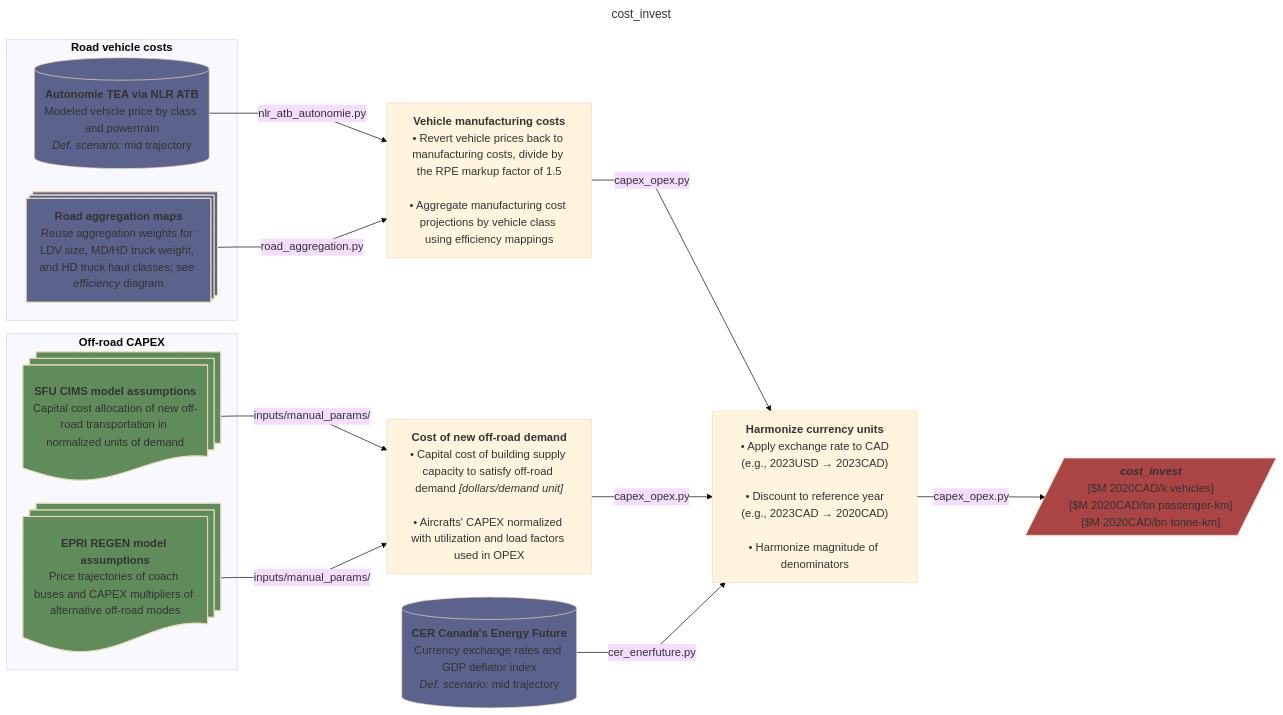
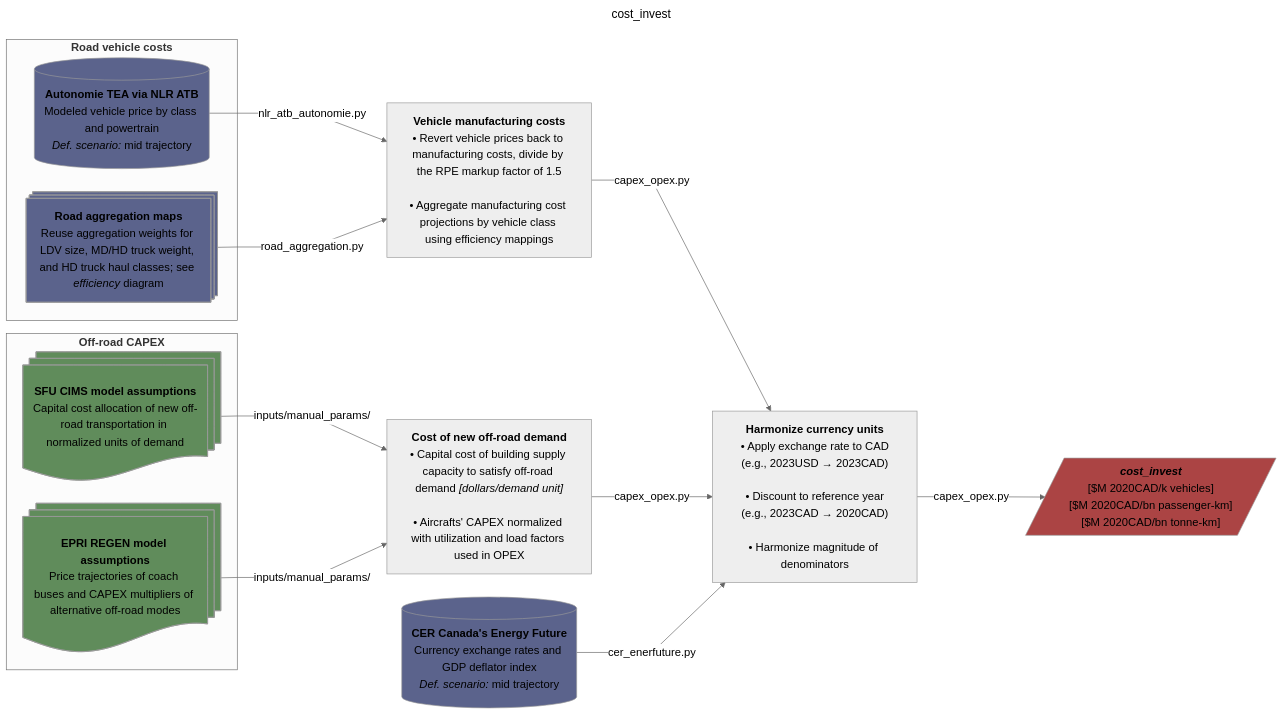
The eighth of 9 diagrams in README.md (CANOE-main/canoe-transportation), drawn with Mermaid before and after one commit. The commit also changed other lines of this file and 1 other file, not shown here.

Commit message:
Testing white canvas as background for flowcharts

````diff
--- a/README.md
+++ b/README.md
@@ -585,61 +578,59 @@
 ```mermaid
 ---
 title: cost_invest
 config:
   layout: dagre
-  theme: base
+  theme: neutral
   themeVariables:
-    background: "#ffffff"
-    darkMode: false
     fontSize: 17px
   flowchart:
     nodeSpacing: 35
     rankSpacing: 50
     wrappingWidth: 250
     curve: linear
 ---
 flowchart LR
   s3[("`**CER Canada's Energy Future**<br>Currency exchange rates and GDP deflator index<br>*Def. scenario:* mid trajectory`")]
   subgraph offroad["`**Off-road CAPEX**`"]
 	  %% --- Sources ---
 	  s7@{shape: docs, label: "**SFU CIMS model assumptions**<br>Capital cost allocation of new off-road transportation in normalized units of demand"}
 	  s8@{shape: docs, label: "**EPRI REGEN model assumptions**<br>Price trajectories of coach buses and CAPEX multipliers of alternative off-road modes"}
   end
 	  
   %% --- Processes ---
   p3["`**Cost of new off-road demand**<br>• Capital cost of building supply capacity to satisfy off-road demand *[dollars/demand unit]*<br><br>• Aircrafts' CAPEX normalized with utilization and load factors used in OPEX`"]
   s7 & s8 -- inputs/manual_params/ --> p3
   
   subgraph road["`**Road vehicle costs**`"]
 	  %% --- Sources ---
 	  s1@{shape: processes, label: "**Road aggregation maps**<br>Reuse aggregation weights for LDV size, MD/HD truck weight, and HD truck haul classes; see *efficiency* diagram"}
 	  s2[("`**Autonomie TEA via NLR ATB**<br>Modeled vehicle price by class and powertrain<br>*Def. scenario:* mid trajectory`")]
   end
 	  
   %% --- Processes ---
   p2["`**Vehicle manufacturing costs**<br>• Revert vehicle prices back to manufacturing costs, divide by the RPE markup factor of 1.5<br><br>• Aggregate manufacturing cost projections by vehicle class using efficiency mappings`"]
   s2 -- nlr_atb_autonomie.py --> p2
   s1 -- road_aggregation.py --> p2
   
   p4["`**Harmonize currency units**<br>• Apply exchange rate to CAD<br>(e.g., 2023USD → 2023CAD)<br><br>• Discount to reference year<br>(e.g., 2023CAD → 2020CAD)<br><br>• Harmonize magnitude of denominators`"]
   p2 -- capex_opex.py --> p4
   p3 -- capex_opex.py --> p4
   s3 -- cer_enerfuture.py --> p4
 
   p4 -- capex_opex.py --> o1[/"`***cost_invest***<br>[$M 2020CAD/k vehicles]<br>[$M 2020CAD/bn passenger-km]<br>[$M 2020CAD/bn tonne-km]`"/]
 
   %% --- Styling ---
   classDef database fill:#5b638c
   classDef doc fill:#608c5b
   classDef output fill:#ab4444
 
   class s1,s2,s3 database;
   class s7,s8 doc;
   class o1 output;
 
   %% --- Hyperlinks ---
   click s8 "https://us-regen-docs.epri.com/v2025/assumptions/transportation.html#non-road-vehicles"
   click s7 "https://github.com/EMRG-SFU/cims-models/tree/main/sources/sectors"
   click s2 "https://vms.taps.anl.gov/research-highlights/vehicle-technologies/u-s-doe-vto-hfto-r-d-benefits/"
   click s3 "https://open.canada.ca/data/en/dataset/07c42deb-9435-43b9-a416-7ce316f3893d"
 ```
````
